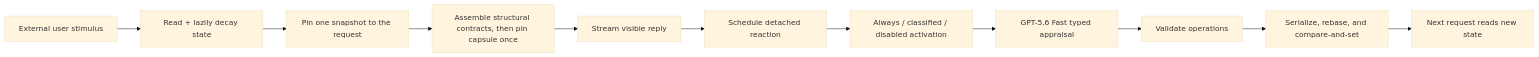
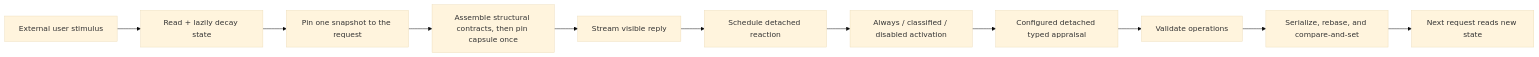
One commit to ProjectViventium/viventium changed the diagram in docs/requirements_and_learnings/54_Emotional_Cortex_And_Feeling_State.md. Above: the diagram before and after it, drawn with Mermaid (base theme). The commit also changed other lines of this file and 143 other files, not shown here.

````diff
--- a/docs/requirements_and_learnings/54_Emotional_Cortex_And_Feeling_State.md
+++ b/docs/requirements_and_learnings/54_Emotional_Cortex_And_Feeling_State.md
@@ -250,13 +250,13 @@
 ```mermaid
 flowchart LR
     A["External user stimulus"] --> B["Read + lazily decay state"]
     B --> C["Pin one snapshot to the request"]
     C --> D["Assemble structural contracts, then pin capsule once"]
     D --> E["Stream visible reply"]
     E --> F["Schedule detached reaction"]
     F --> G["Always / classified / disabled activation"]
-    G --> H["GPT-5.6 Fast typed appraisal"]
+    G --> H["Configured detached typed appraisal"]
     H --> I["Validate operations"]
     I --> J["Serialize, rebase, and compare-and-set"]
     J --> K["Next request reads new state"]
 ```
````
